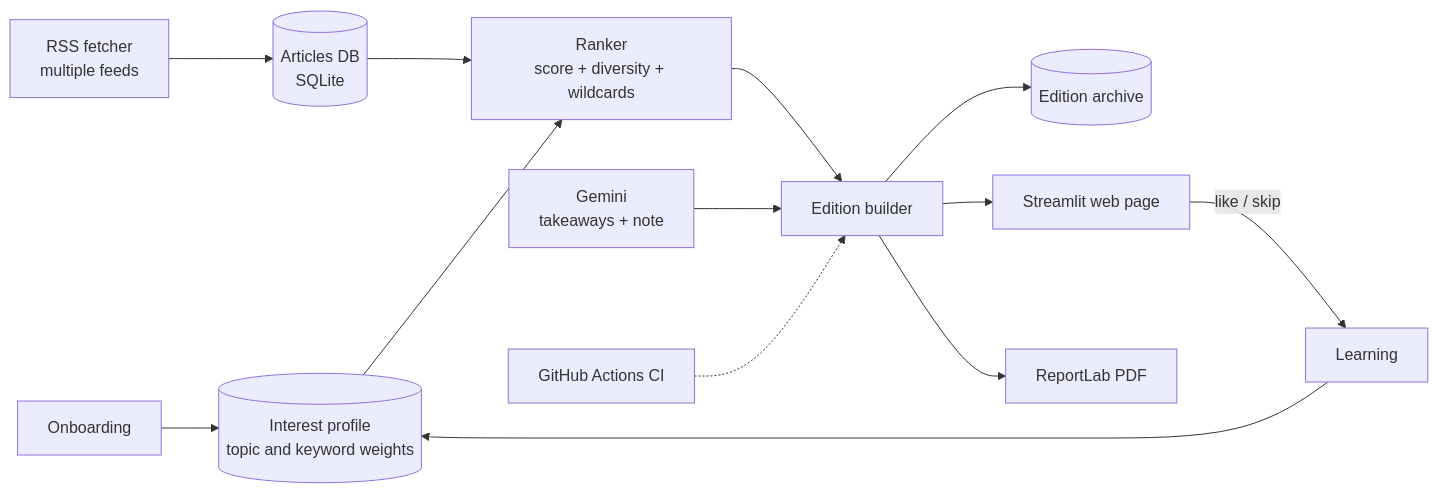
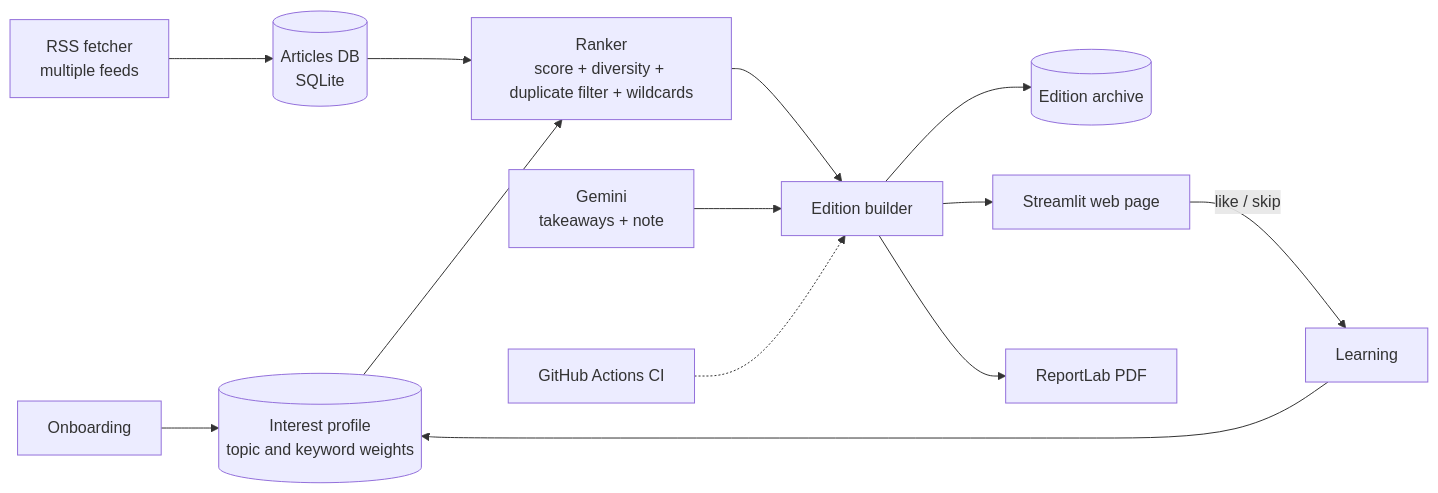
Before and after one commit to ezza-fatima380/personal-morning-paper: the diagram in README.md, drawn with Mermaid. The commit also changed other lines of this file, not shown here.

Commit message:
Update README with duplicate filter, section ordering and tests

````diff
--- a/README.md
+++ b/README.md
@@ -20,15 +22,15 @@
 ```mermaid
 flowchart LR
     A[Onboarding] --> P[(Interest profile<br/>topic and keyword weights)]
     F[RSS fetcher<br/>multiple feeds] --> D[(Articles DB<br/>SQLite)]
-    D --> R[Ranker<br/>score + diversity + wildcards]
+    D --> R[Ranker<br/>score + diversity + duplicate filter + wildcards]
     P --> R
     R --> E[Edition builder]
     E --> H[(Edition archive)]
     G[Gemini<br/>takeaways + note] --> E
     E --> W[Streamlit web page]
     E --> PDF[ReportLab PDF]
     W -->|like / skip| L[Learning]
     L --> P
     CI[GitHub Actions CI] -.-> E
 ```
````
